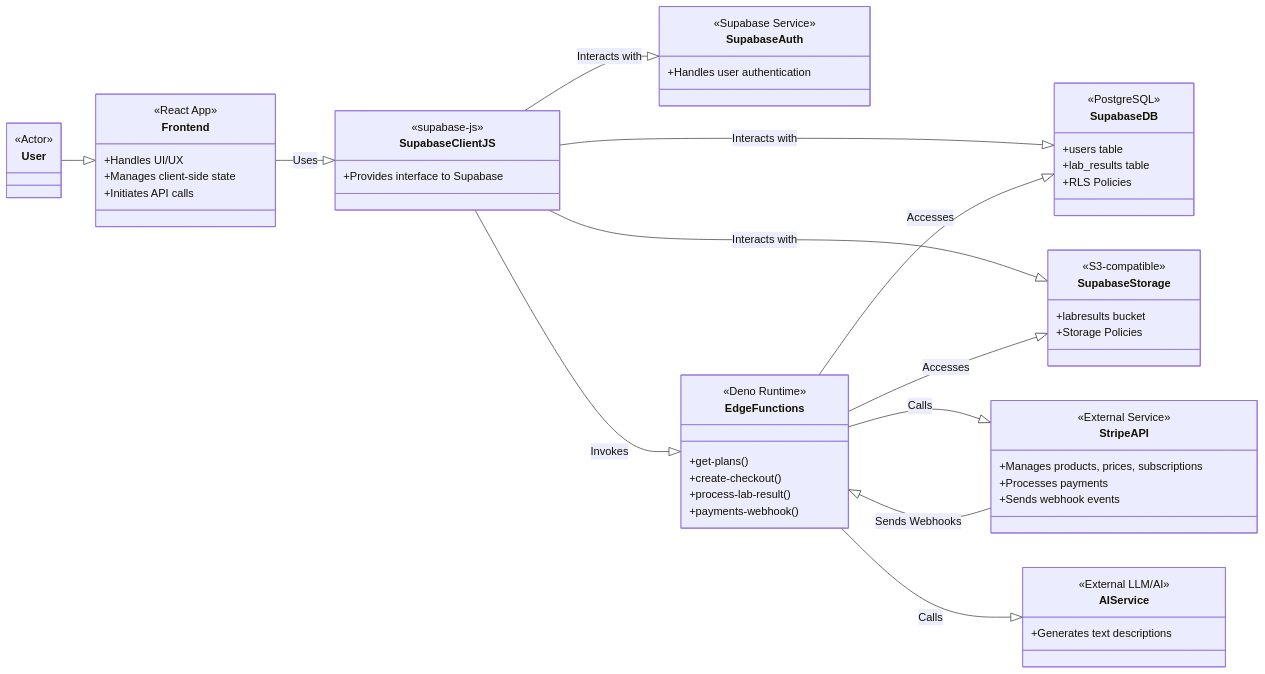
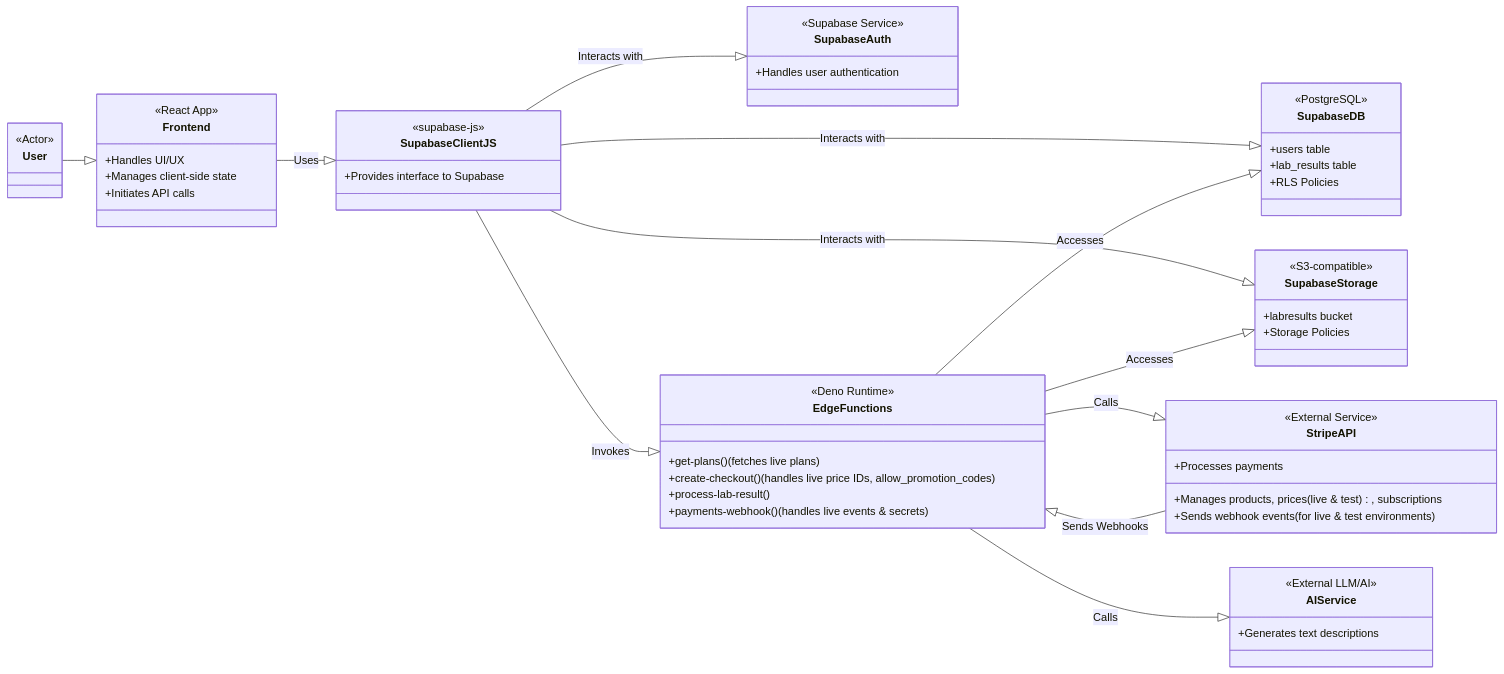
Before and after one commit to takshitheady/straininsightsfinal: the first of 2 diagrams in docs/07_Mermaid_Charts.md, drawn with Mermaid. The commit also changed other lines of this file and 8 other files, not shown here.

````diff
--- a/docs/07_Mermaid_Charts.md
+++ b/docs/07_Mermaid_Charts.md
@@ -9,73 +9,73 @@
 ```mermaid
 classDiagram
     direction LR
 
     User --|> Frontend
 
     Frontend --|> SupabaseClientJS : Uses
     SupabaseClientJS --|> SupabaseAuth : Interacts with
     SupabaseClientJS --|> SupabaseDB : Interacts with
     SupabaseClientJS --|> SupabaseStorage : Interacts with
     SupabaseClientJS --|> EdgeFunctions : Invokes
 
     EdgeFunctions --|> SupabaseDB : Accesses
     EdgeFunctions --|> SupabaseStorage : Accesses
     EdgeFunctions --|> StripeAPI : Calls
     EdgeFunctions --|> AIService : Calls
 
     StripeAPI --|> EdgeFunctions : Sends Webhooks
 
     class User {
         <<Actor>>
     }
 
     class Frontend {
         <<React App>>
         +Handles UI/UX
         +Manages client-side state
         +Initiates API calls
     }
 
     class SupabaseClientJS {
         <<supabase-js>>
         +Provides interface to Supabase
     }
 
     class SupabaseAuth {
         <<Supabase Service>>
         +Handles user authentication
     }
 
     class SupabaseDB {
         <<PostgreSQL>>
         +users table
         +lab_results table
         +RLS Policies
     }
 
     class SupabaseStorage {
         <<S3-compatible>>
         +labresults bucket
         +Storage Policies
     }
 
     class EdgeFunctions {
         <<Deno Runtime>>
-        +get-plans()
-        +create-checkout()
+        +get-plans() (fetches live plans)
+        +create-checkout() (handles live price IDs, allow_promotion_codes)
         +process-lab-result()
-        +payments-webhook()
+        +payments-webhook() (handles live events & secrets)
     }
 
     class StripeAPI {
         <<External Service>>
-        +Manages products, prices, subscriptions
+        +Manages products, prices (live & test), subscriptions
         +Processes payments
-        +Sends webhook events
+        +Sends webhook events (for live & test environments)
     }
 
     class AIService {
         <<External LLM/AI>>
         +Generates text descriptions
     }
 ```
````
